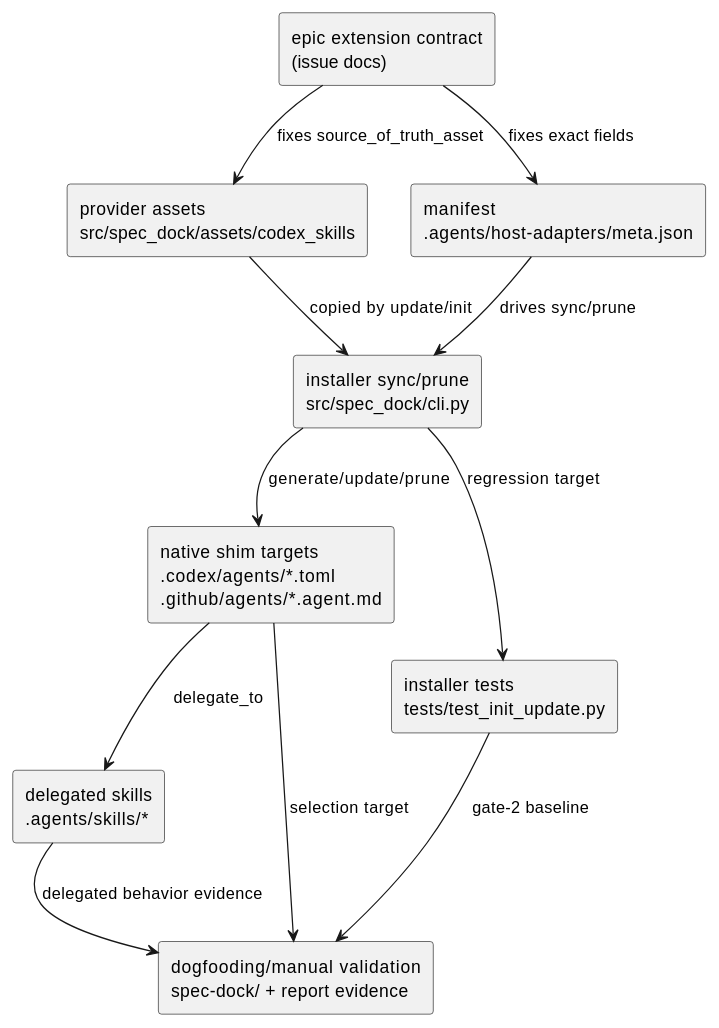
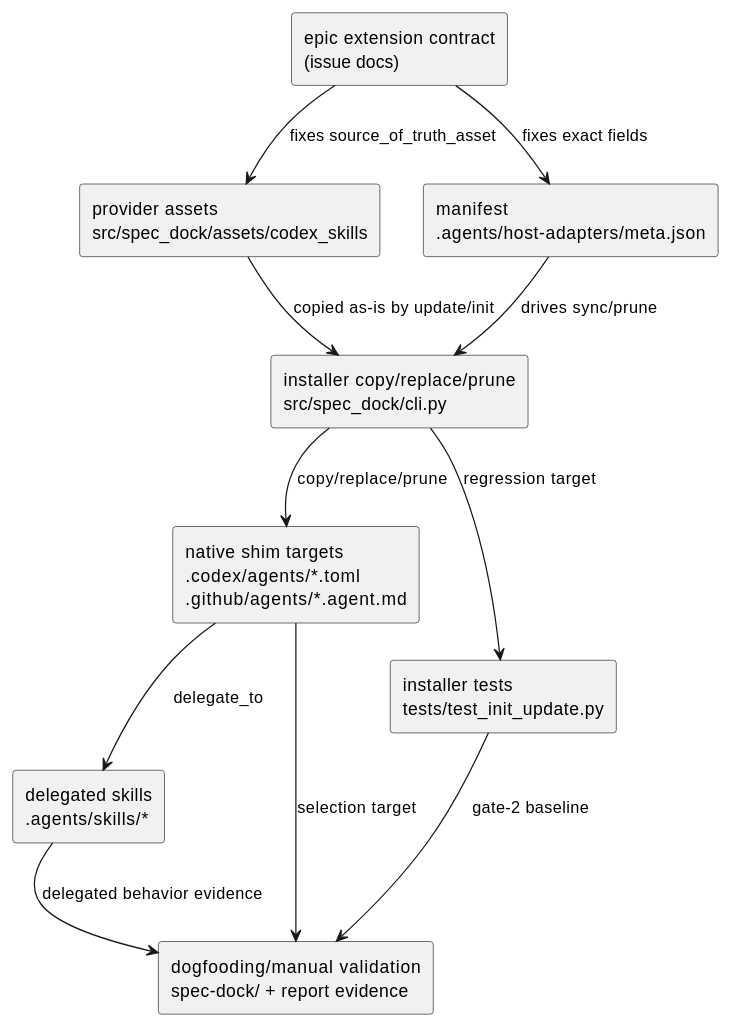
Before and after one commit to chemitaro/spec-dock: the diagram in spec-dock/initiatives/init-local-00002-prototype-feature-expansion/epics/epic-00048-agent-facing-interface-hardening-and-host-adapter-scaffolding/issues/iss-00051-host-native-shim-deployment-and-validation-closure/design.md, drawn with PlantUML. The commit also changed other lines of this file and 5 other files, not shown here.

````diff
--- a/spec-dock/initiatives/init-local-00002-prototype-feature-expansion/epics/epic-00048-agent-facing-interface-hardening-and-host-adapter-scaffolding/issues/iss-00051-host-native-shim-deployment-and-validation-closure/design.md
+++ b/spec-dock/initiatives/init-local-00002-prototype-feature-expansion/epics/epic-00048-agent-facing-interface-hardening-and-host-adapter-scaffolding/issues/iss-00051-host-native-shim-deployment-and-validation-closure/design.md
@@ -79,25 +90,25 @@
 ```plantuml
 @startuml
 top to bottom direction
 
 rectangle "epic extension contract\n(issue docs)" as contract
 rectangle "provider assets\nsrc/spec_dock/assets/codex_skills" as assets
-rectangle "installer sync/prune\nsrc/spec_dock/cli.py" as cli
+rectangle "installer copy/replace/prune\nsrc/spec_dock/cli.py" as cli
 rectangle "manifest\n.agents/host-adapters/meta.json" as manifest
 rectangle "native shim targets\n.codex/agents/*.toml\n.github/agents/*.agent.md" as shims
 rectangle "delegated skills\n.agents/skills/*" as skills
 rectangle "installer tests\ntests/test_init_update.py" as tests
 rectangle "dogfooding/manual validation\nspec-dock/ + report evidence" as validation
 
 contract --> assets : fixes source_of_truth_asset
 contract --> manifest : fixes exact fields
-assets --> cli : copied by update/init
+assets --> cli : copied as-is by update/init
 manifest --> cli : drives sync/prune
-cli --> shims : generate/update/prune
+cli --> shims : copy/replace/prune
 shims --> skills : delegate_to
 cli --> tests : regression target
 shims --> validation : selection target
 skills --> validation : delegated behavior evidence
 tests --> validation : gate-2 baseline
 @enduml
 ```
````
